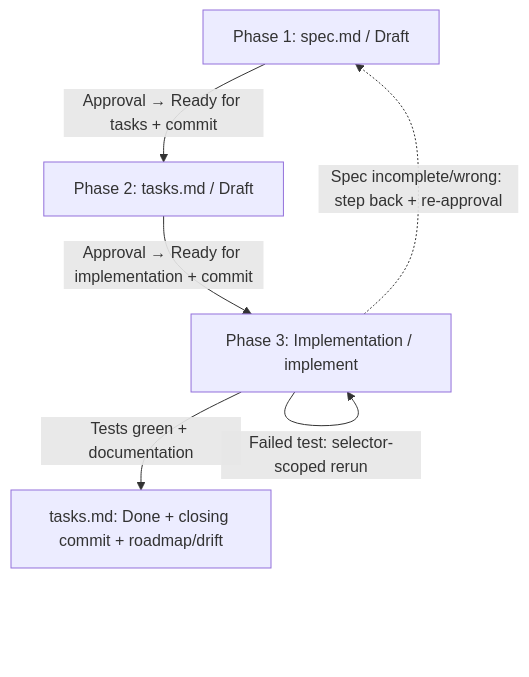
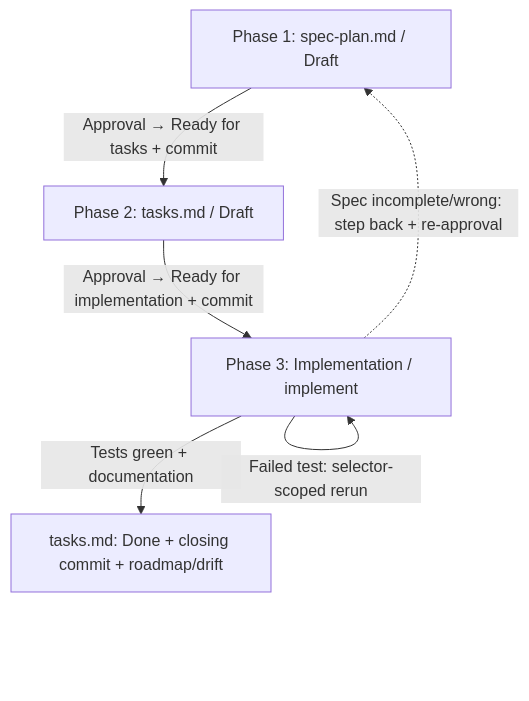
Before and after one commit to berkiadam/berkispec: the diagram in prompts/skills-en/quick-flow.md, drawn with Mermaid. The commit also changed other lines of this file and 20 other files, not shown here.

````diff
--- a/prompts/skills-en/quick-flow.md
+++ b/prompts/skills-en/quick-flow.md
@@ -123,8 +123,8 @@
 ```mermaid
 graph TD
-    A[Phase 1: spec.md / Draft] -->|Approval → Ready for tasks + commit| B[Phase 2: tasks.md / Draft]
+    A[Phase 1: spec-plan.md / Draft] -->|Approval → Ready for tasks + commit| B[Phase 2: tasks.md / Draft]
     B -->|Approval → Ready for implementation + commit| C[Phase 3: Implementation / implement]
     C -->|Tests green + documentation| D[tasks.md: Done + closing commit + roadmap/drift]
     C -->|Failed test: selector-scoped rerun| C
     C -.->|Spec incomplete/wrong: step back + re-approval| A
 ```
````
